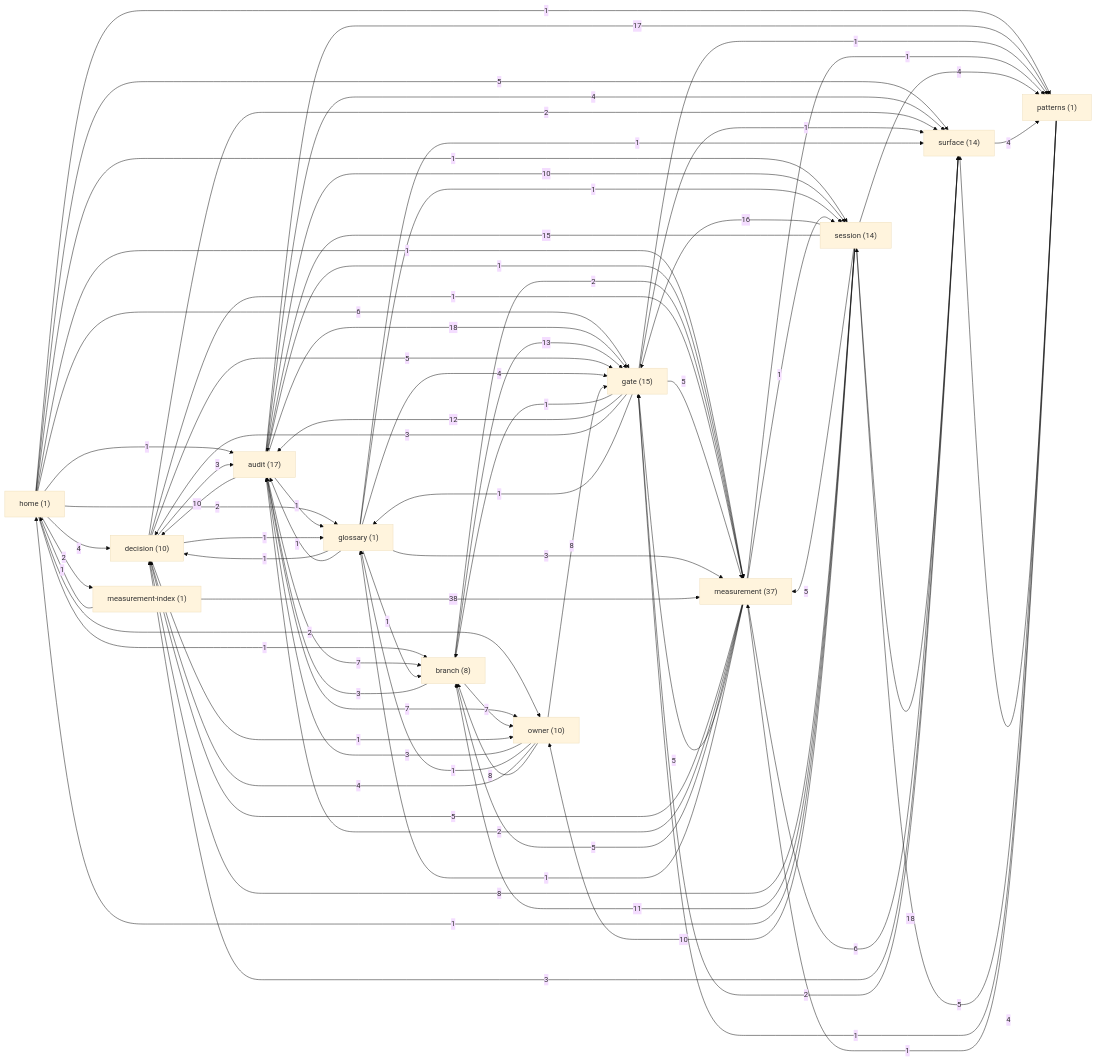
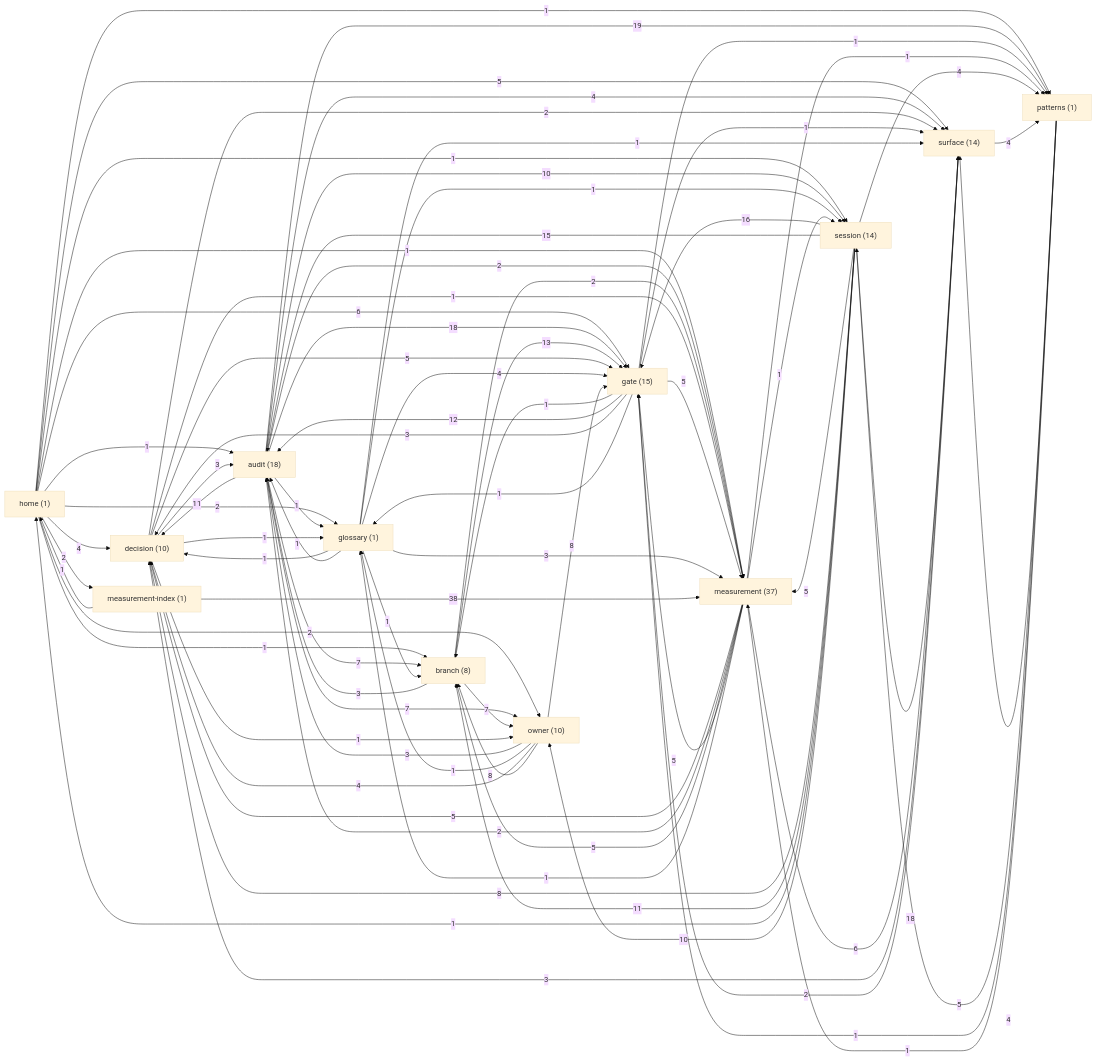
One commit to sergey9519546/STORYMACHINE changed the diagram in docs/brain/GRAPH.md. Above: the diagram before and after it, drawn with Mermaid (base theme). The commit also changed other lines of this file and 3 other files, not shown here.

````diff
--- a/docs/brain/GRAPH.md
+++ b/docs/brain/GRAPH.md
@@ -9,7 +9,7 @@
 ```mermaid
 graph LR
   home["home (1)"]
-  audit["audit (17)"]
+  audit["audit (18)"]
   branch["branch (8)"]
   decision["decision (10)"]
   gate["gate (15)"]
@@ -35,11 +35,11 @@
   audit -->|10| session
   audit -->|7| branch
   audit -->|18| gate
-  audit -->|10| decision
-  audit -->|17| patterns
+  audit -->|11| decision
+  audit -->|19| patterns
   audit -->|7| owner
   audit -->|4| surface
-  audit -->|1| measurement
+  audit -->|2| measurement
   branch -->|3| audit
   branch -->|7| owner
   branch -->|13| gate
````
